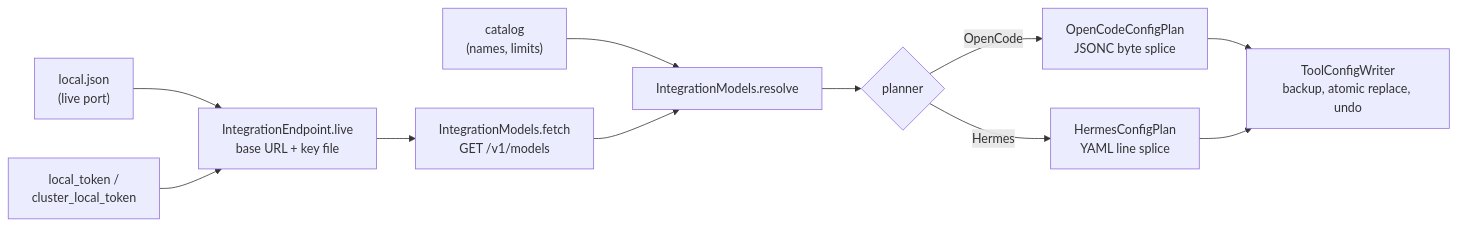
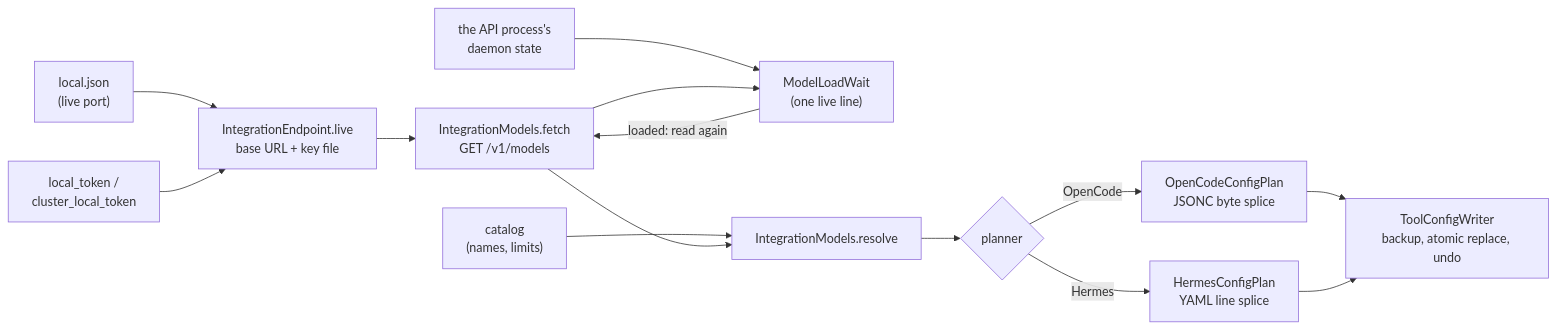
Before and after one commit to Layr-Labs/d-inference: the diagram in docs/architecture/tool-integrations.md, drawn with Mermaid. The commit also changed other lines of this file and 4 other files, not shown here.

First line of the commit message:
docs: the tools wait for the model, and starts say when a tool points elsewhere

````diff
--- a/docs/architecture/tool-integrations.md
+++ b/docs/architecture/tool-integrations.md
@@ -22,13 +22,16 @@
 ```mermaid
 flowchart LR
   L["local.json<br/>(live port)"] --> E["IntegrationEndpoint.live<br/>base URL + key file"]
   K["local_token /<br/>cluster_local_token"] --> E
   E --> M["IntegrationModels.fetch<br/>GET /v1/models"]
+  S["the API process's<br/>daemon state"] --> X["ModelLoadWait<br/>(one live line)"]
+  M --> X
+  X -->|"loaded: read again"| M
   C["catalog<br/>(names, limits)"] --> R["IntegrationModels.resolve"]
   M --> R
   R --> P{"planner"}
   P -->|OpenCode| O["OpenCodeConfigPlan<br/>JSONC byte splice"]
   P -->|Hermes| H["HermesConfigPlan<br/>YAML line splice"]
   O --> W["ToolConfigWriter<br/>backup, atomic replace, undo"]
   H --> W
 ```
````
